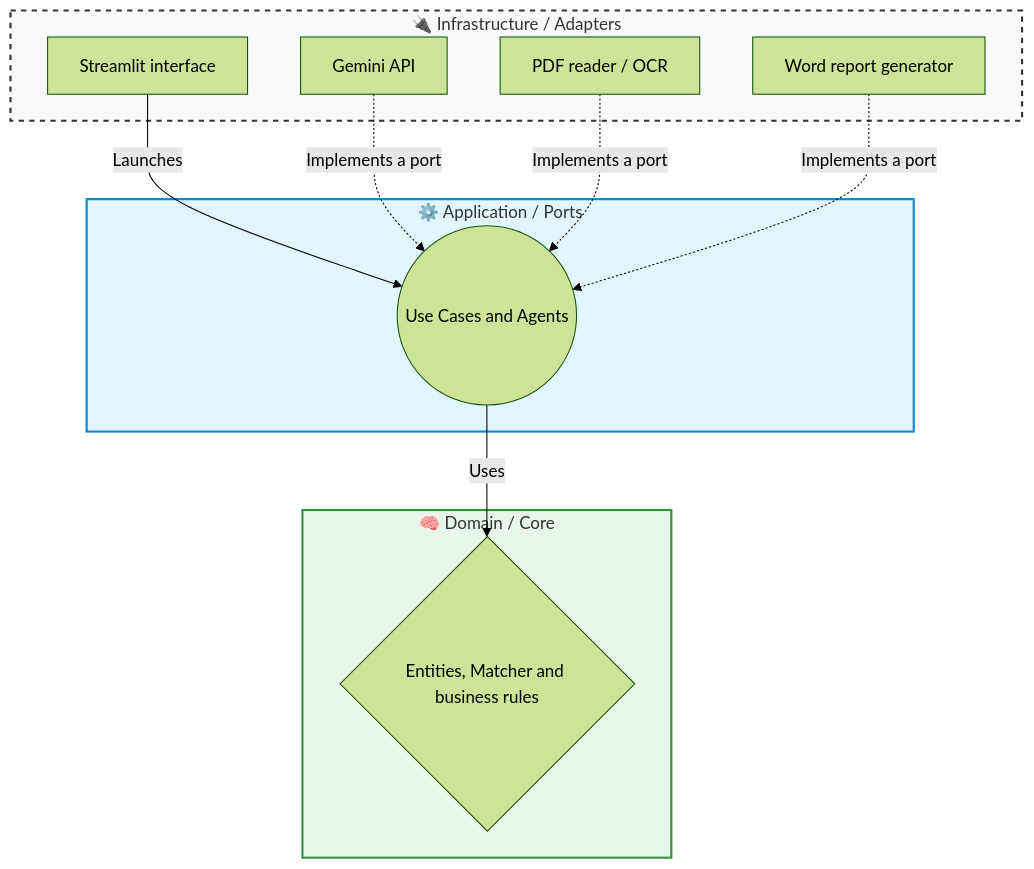
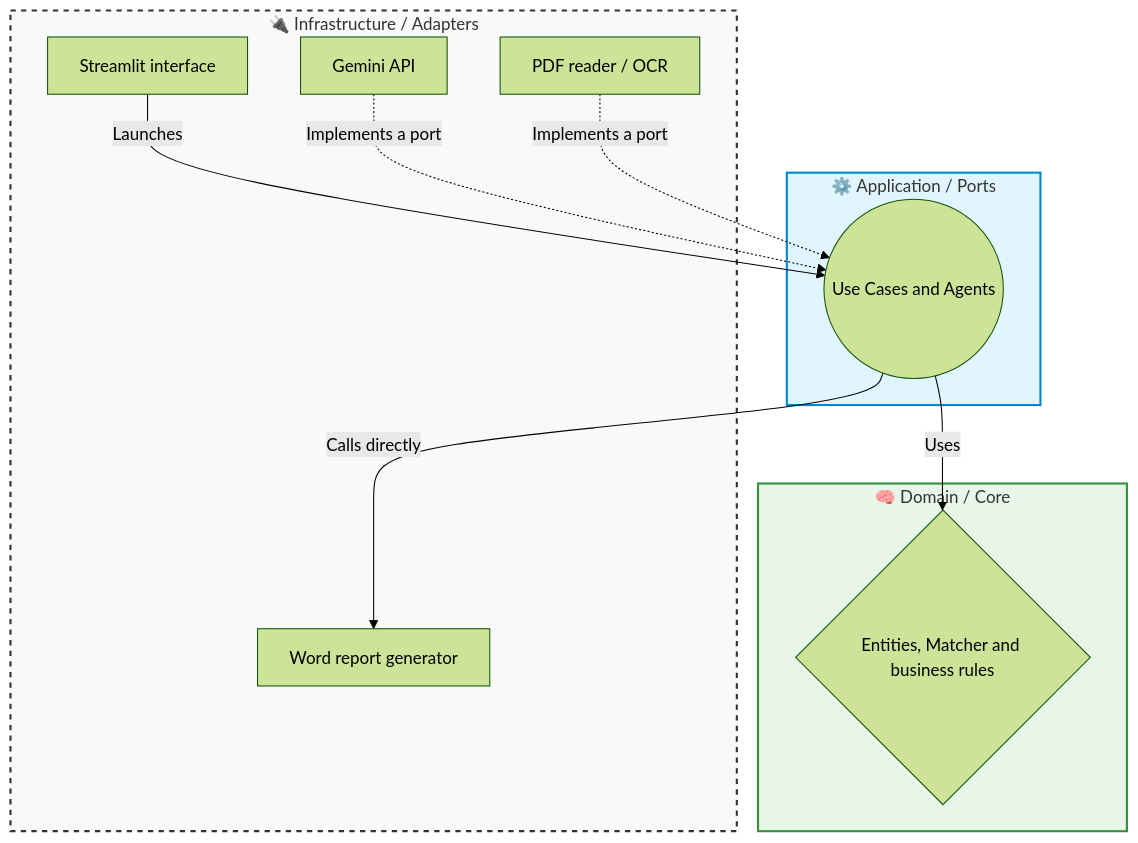
The third of 3 diagrams in README.md (ivanher97/Licitaciones_Agentes_CTIngenieros), drawn with Mermaid (forest theme) before and after one commit. The commit also changed other lines of this file, not shown here.

````diff
--- a/README.md
+++ b/README.md
@@ -50,27 +195,27 @@
 ```mermaid
 graph TD
     subgraph infrastructure [🔌 Infrastructure / Adapters]
         UI[Streamlit interface]
         A[Gemini API]
         B[PDF reader / OCR]
         W[Word report generator]
     end
 
     subgraph application [⚙️ Application / Ports]
         C((Use Cases and Agents))
     end
 
     subgraph domain [🧠 Domain / Core]
         D{Entities, Matcher and business rules}
     end
 
     UI -->|Launches| C
     A -.->|Implements a port| C
     B -.->|Implements a port| C
-    W -.->|Implements a port| C
+    C -->|Calls directly| W
     C -->|Uses| D
 
     style infrastructure fill:#f9f9f9,stroke:#333,stroke-width:2px,stroke-dasharray: 5 5
     style application fill:#e1f5fe,stroke:#0288d1,stroke-width:2px
     style domain fill:#e8f5e9,stroke:#388e3c,stroke-width:2px
 ```
````
